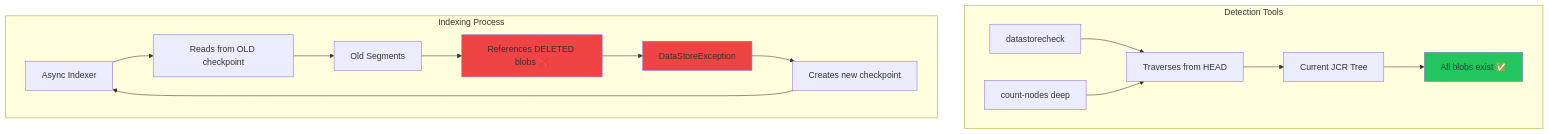
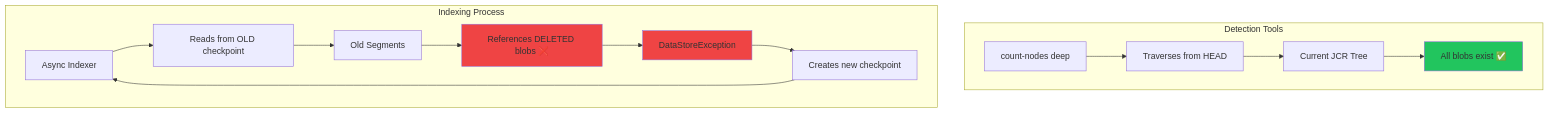
One commit to somarc/oak-magnum-oakus changed the diagram in docs/checkpoints/checkpoint-advancement.md. Above: the diagram before and after it, drawn with Mermaid. The commit also changed other lines of this file and 32 other files, not shown here.

````diff
--- a/docs/checkpoints/checkpoint-advancement.md
+++ b/docs/checkpoints/checkpoint-advancement.md
@@ -32,22 +36,21 @@
 ```mermaid
 flowchart TD
     subgraph "Detection Tools"
-        A[datastorecheck] --> B[Traverses from HEAD]
-        C[count-nodes deep] --> B
+        C[count-nodes deep] --> B[Traverses from HEAD]
         B --> D[Current JCR Tree]
         D --> E[All blobs exist ✅]
     end
     
     subgraph "Indexing Process"
         F[Async Indexer] --> G[Reads from OLD checkpoint]
         G --> H[Old Segments]
         H --> I[References DELETED blobs ❌]
         I --> J[DataStoreException]
         J --> K[Creates new checkpoint]
         K --> F
     end
     
     style E fill:#22c55e
     style I fill:#ef4444
     style J fill:#ef4444
 ```
````
